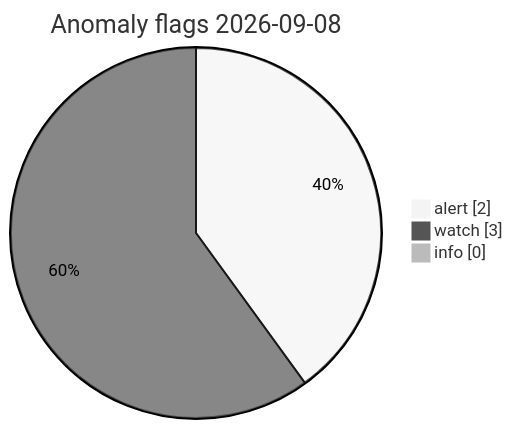
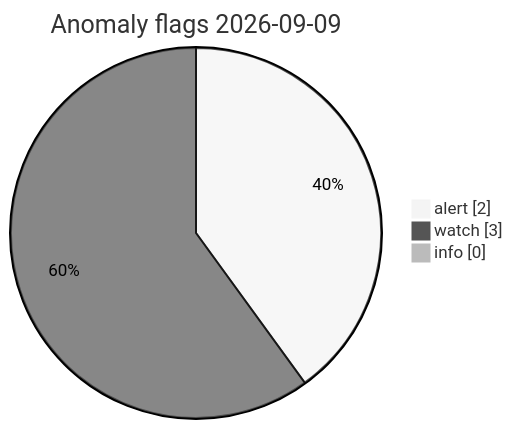
One commit to Midwest-Stratospheric/Unified-Open-Global-Weather changed the diagram in visuals/latest/CHARTS.md. Above: the diagram before and after it, drawn with Mermaid (neutral theme). The commit also changed other lines of this file and 11 other files, not shown here.

Commit message:
data(visuals): automated charts 2026-09-09T11:27Z

````diff
--- a/visuals/latest/CHARTS.md
+++ b/visuals/latest/CHARTS.md
@@ -73,7 +73,7 @@
 ```mermaid
 pie showData
-  title Anomaly flags 2026-09-08
+  title Anomaly flags 2026-09-09
   "alert" : 2
   "watch" : 3
   "info" : 0
 ```
````
